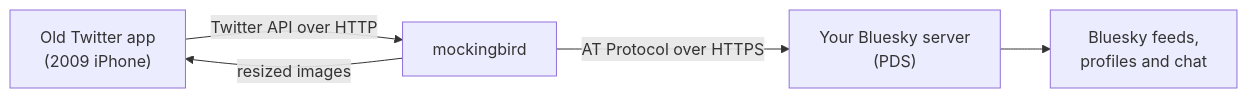
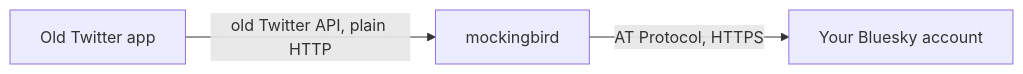
Before and after one commit to j4ckxyz/mockingbird: the diagram in README.md, drawn with Mermaid. The commit also changed other lines of this file and 8 other files, not shown here.

````diff
--- a/README.md
+++ b/README.md
@@ -116,7 +70,5 @@
 ```mermaid
 flowchart LR
-    A["Old Twitter app<br/>(2009 iPhone)"] -- "Twitter API over HTTP" --> B["mockingbird"]
-    B -- "AT Protocol over HTTPS" --> C["Your Bluesky server<br/>(PDS)"]
-    C --> D["Bluesky feeds,<br/>profiles and chat"]
-    B -- "resized images" --> A
+    A["Old Twitter app"] -- "old Twitter API, plain HTTP" --> B["mockingbird"]
+    B -- "AT Protocol, HTTPS" --> C["Your Bluesky account"]
 ```
````
